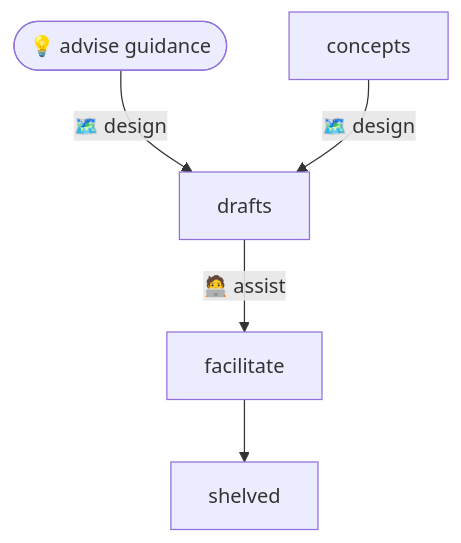
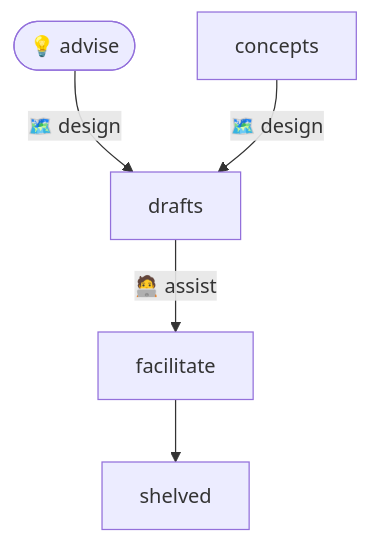
One commit to ahumandev/autocode changed the second of 2 diagrams in docs/usage.md. Above: the diagram before and after it, drawn with Mermaid. The commit also changed other lines of this file and 2 other files, not shown here.

````diff
--- a/docs/usage.md
+++ b/docs/usage.md
@@ -38,7 +38,7 @@
 ```mermaid
 flowchart TD
-  Advise([💡 advise guidance]) --🗺️ design--> drafts
+  Advise([💡 advise]) --🗺️ design--> drafts
   concepts --🗺️ design--> drafts
   drafts --🧑‍💻 assist --> facilitate
   facilitate --> shelved
 ```
````
